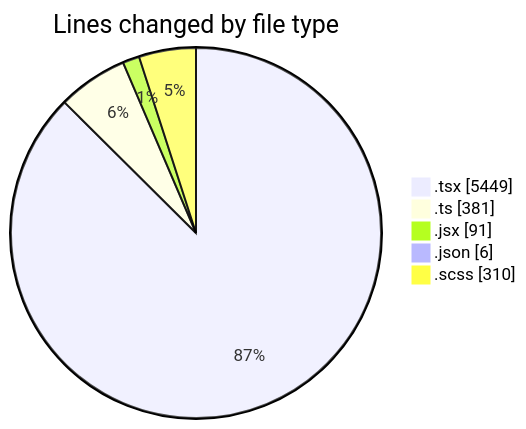
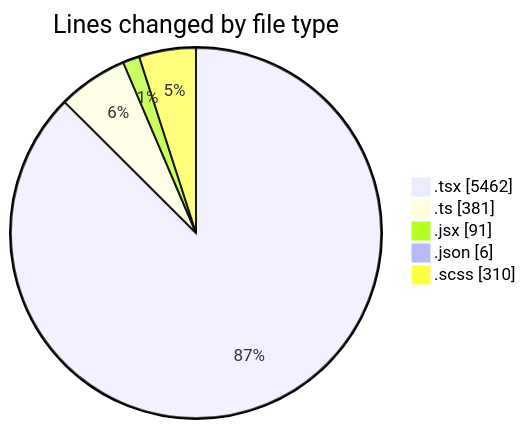
The first of 2 diagrams in 2026-04-27/cda/README.md (momahboobian/code-tracking), drawn with Mermaid before and after one commit. The commit also changed other lines of this file and 1 other file, not shown here.

````diff
--- a/2026-04-27/cda/README.md
+++ b/2026-04-27/cda/README.md
@@ -42,9 +42,9 @@
 ```mermaid
 pie showData
 title Lines changed by file type
-".tsx" : 5449
+".tsx" : 5462
 ".ts" : 381
 ".jsx" : 91
 ".json" : 6
 ".scss" : 310
 ```
````
